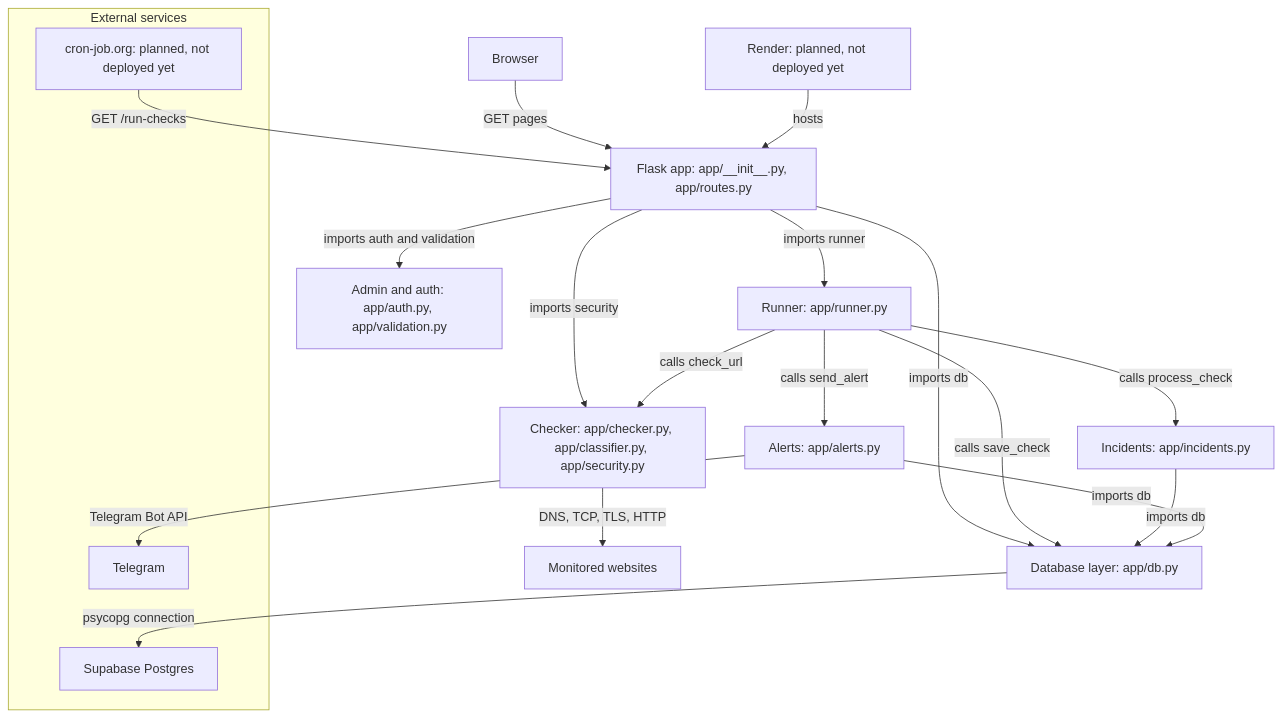
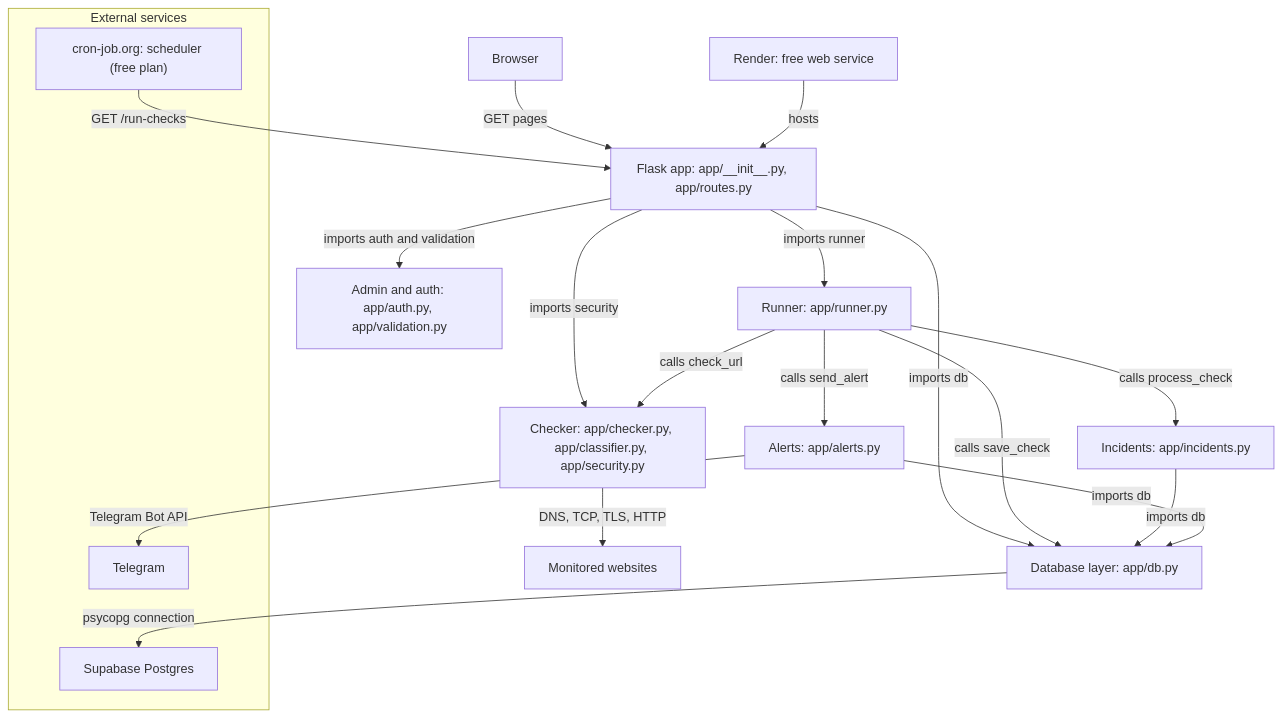
The first of 3 diagrams in docs/ARCHITECTURE.md (mady-code-7/whydown), drawn with Mermaid before and after one commit. The commit also changed other lines of this file and 1 other file, not shown here.

Commit message:
Phase 7: record deployment findings in defect log and architecture

````diff
--- a/docs/ARCHITECTURE.md
+++ b/docs/ARCHITECTURE.md
@@ -7,24 +7,24 @@
 ```mermaid
 flowchart TD
     subgraph ext["External services"]
         X["Supabase Postgres"]
         Y["Telegram"]
-        Z["cron-job.org: planned, not deployed yet"]
+        Z["cron-job.org: scheduler (free plan)"]
     end
     A["Browser"] -->|"GET pages"| B["Flask app: app/__init__.py, app/routes.py"]
     B -->|"imports auth and validation"| C["Admin and auth: app/auth.py, app/validation.py"]
     B -->|"imports runner"| D["Runner: app/runner.py"]
     B -->|"imports db"| F["Database layer: app/db.py"]
     B -->|"imports security"| E["Checker: app/checker.py, app/classifier.py, app/security.py"]
     D -->|"calls check_url"| E
     D -->|"calls save_check"| F
     D -->|"calls process_check"| G["Incidents: app/incidents.py"]
     D -->|"calls send_alert"| H["Alerts: app/alerts.py"]
     G -->|"imports db"| F
     H -->|"imports db"| F
     E -->|"DNS, TCP, TLS, HTTP"| I["Monitored websites"]
     F -->|"psycopg connection"| X
     H -->|"Telegram Bot API"| Y
     Z -->|"GET /run-checks"| B
-    W["Render: planned, not deployed yet"] -->|"hosts"| B
+    W["Render: free web service"] -->|"hosts"| B
 ```
````
